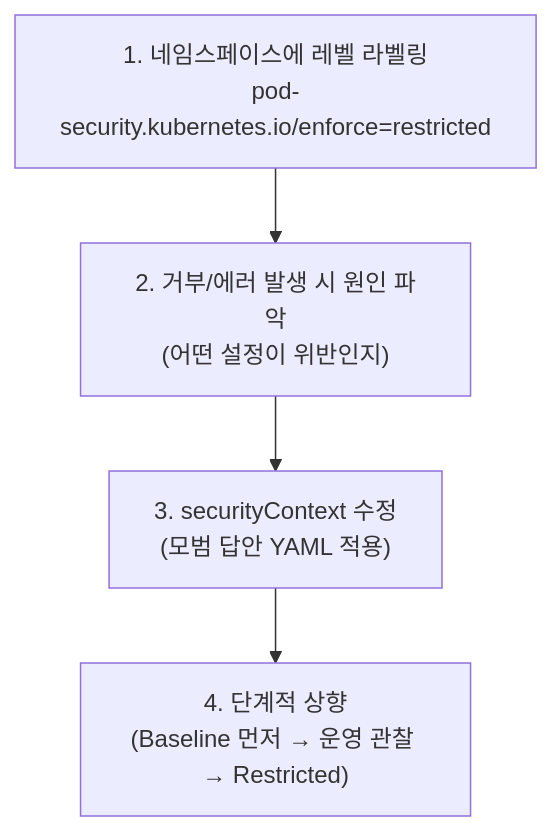
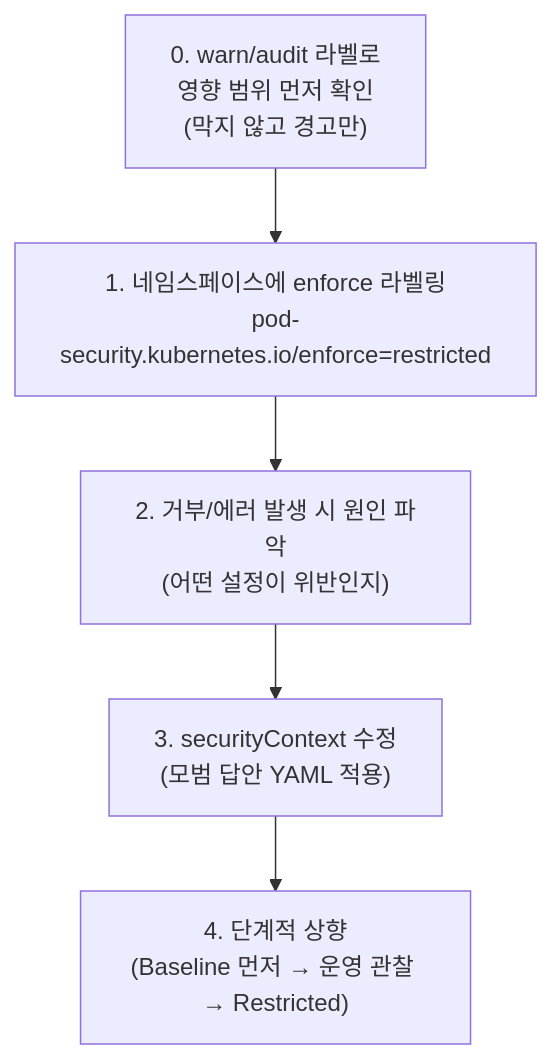
The diagram in content/docs/security/psa-restricted-migration.md (jeonck/k8s-km), drawn with Mermaid before and after one commit. The commit also changed other lines of this file, not shown here.

First line of the commit message:
Expand PSA page with concrete warn-mode walkthrough

````diff
--- a/content/docs/security/psa-restricted-migration.md
+++ b/content/docs/security/psa-restricted-migration.md
@@ -26,6 +26,7 @@
 ```mermaid
 flowchart TB
-  S1["1. 네임스페이스에 레벨 라벨링<br/>pod-security.kubernetes.io/enforce=restricted"] --> S2["2. 거부/에러 발생 시 원인 파악<br/>(어떤 설정이 위반인지)"]
+  S0["0. warn/audit 라벨로<br/>영향 범위 먼저 확인<br/>(막지 않고 경고만)"] --> S1["1. 네임스페이스에 enforce 라벨링<br/>pod-security.kubernetes.io/enforce=restricted"]
+  S1 --> S2["2. 거부/에러 발생 시 원인 파악<br/>(어떤 설정이 위반인지)"]
   S2 --> S3["3. securityContext 수정<br/>(모범 답안 YAML 적용)"]
   S3 --> S4["4. 단계적 상향<br/>(Baseline 먼저 → 운영 관찰 → Restricted)"]
 ```
````
